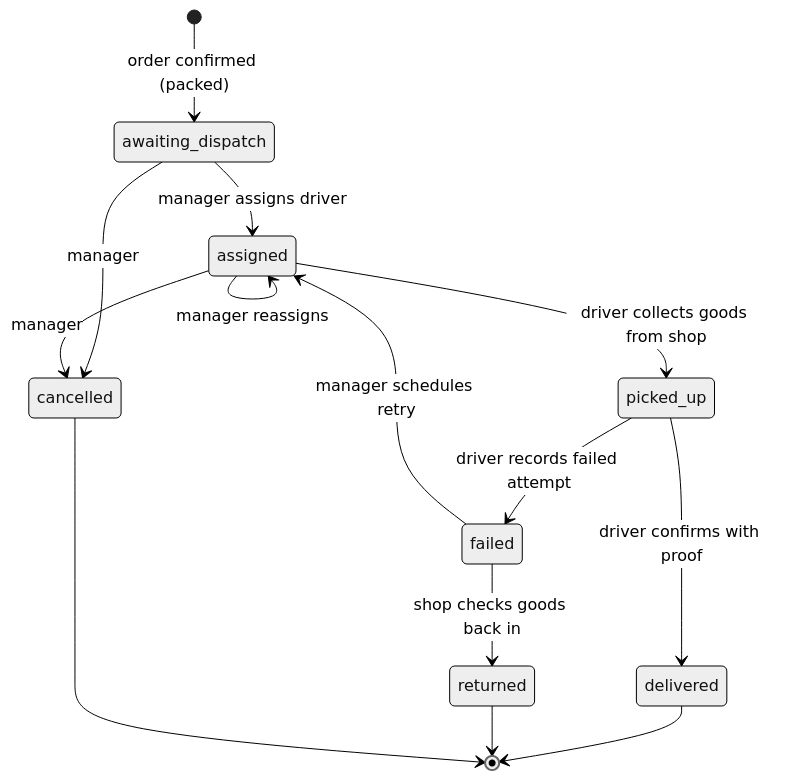
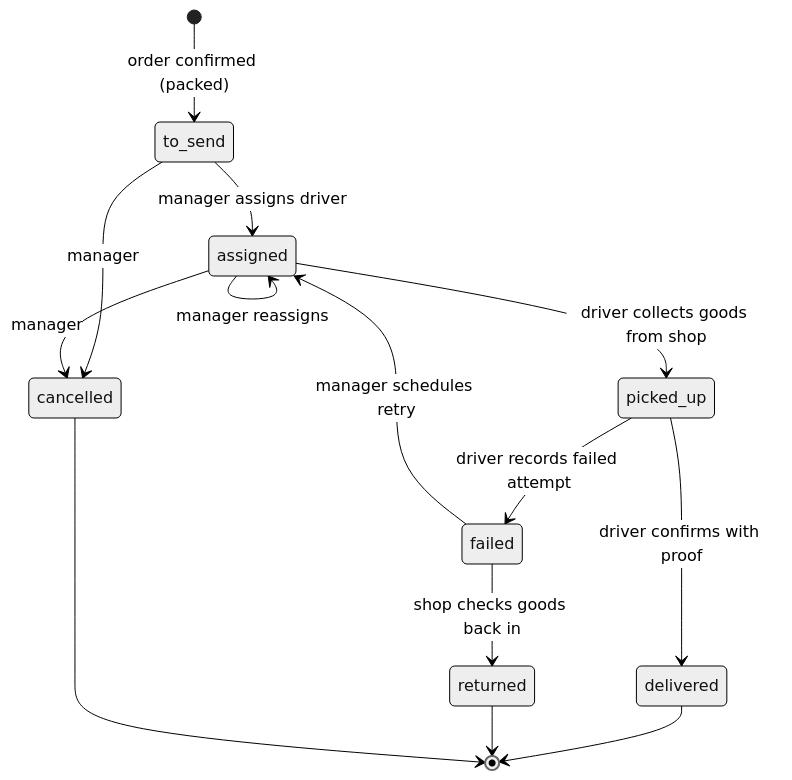
Before and after one commit to DinaHnamte/jehova-jire-retail-management-system: the diagram in Delivery.md, drawn with Mermaid (neutral theme). The commit also changed other lines of this file and 5 other files, not shown here.

````diff
--- a/Delivery.md
+++ b/Delivery.md
@@ -49,16 +57,16 @@
 ```mermaid
 stateDiagram-v2
-    [*] --> awaiting_dispatch: order confirmed (packed)
-    awaiting_dispatch --> assigned: manager assigns driver
+    [*] --> to_send: order confirmed (packed)
+    to_send --> assigned: manager assigns driver
     assigned --> assigned: manager reassigns
     assigned --> picked_up: driver collects goods from shop
     picked_up --> delivered: driver confirms with proof
     picked_up --> failed: driver records failed attempt
     failed --> assigned: manager schedules retry
     failed --> returned: shop checks goods back in
-    awaiting_dispatch --> cancelled: manager
+    to_send --> cancelled: manager
     assigned --> cancelled: manager
     delivered --> [*]
     returned --> [*]
     cancelled --> [*]
 ```
````
